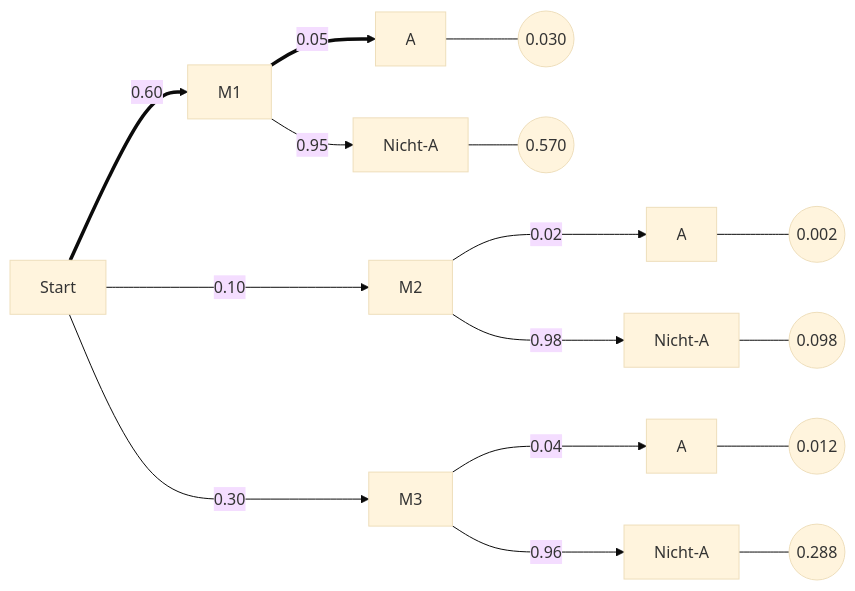
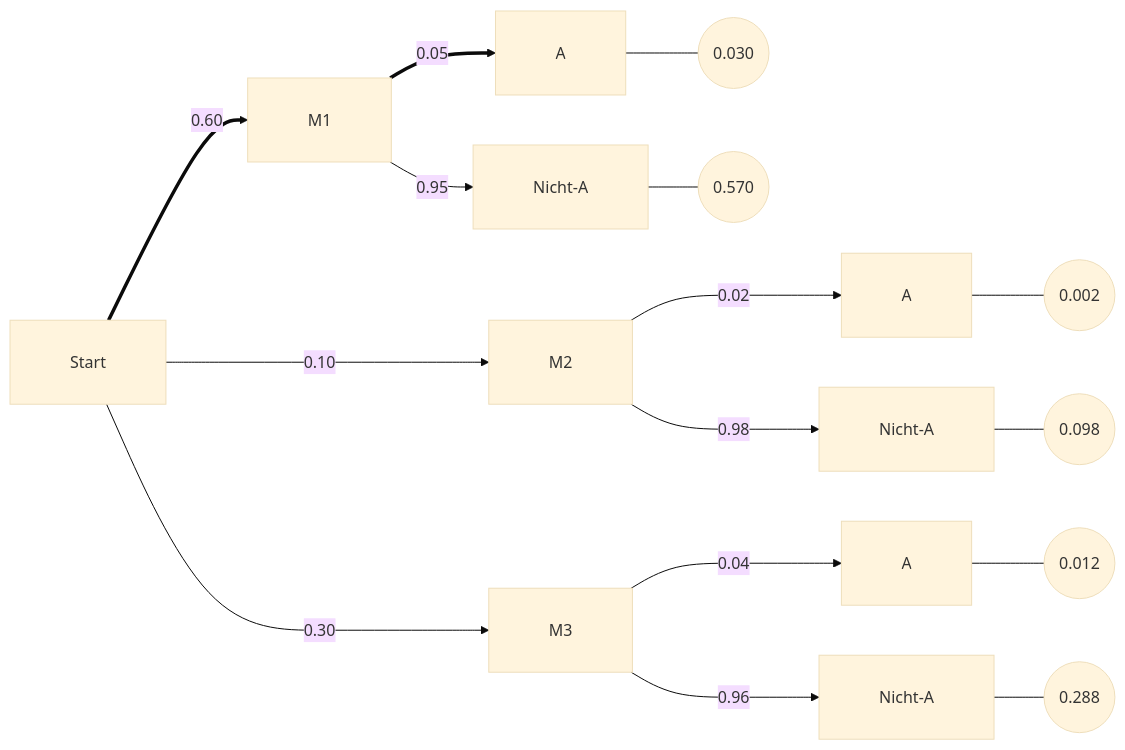
The second of 2 diagrams in 0500-Globusversuch.qmd (sebastiansauer/start-bayes), drawn with Mermaid (base theme) before and after one commit.

Commit message:
fix: Abb. 7.13 (fig-tot-wskt2) - rechte Kreis-Knoten im PDF abgeschnitten
Die fig-width-Reduktion allein hatte das eigentliche Problem nicht
behoben: Mermaids eigene PNG-Export-Boundingbox schnitt den Kreis-
Nodes ((...)) ganz rechts im Diagramm den Rand ab (native PNG-Content
reichte bis auf 1px an den Bildrand, unabhaengig von fig-width -
verifiziert mit fig-width sowohl auf 4.5in als auch 6in).

Fix: "%%{init: {'flowchart': {'diagramPadding': 30, 'padding': 30}}}%%"
vor der Diagrammdefinition ergaenzt, das mermaid.js anweist, mehr
Innenabstand um den gesamten Diagramminhalt zu lassen. Damit haben
auch die rechten Kreis-Knoten genug Platz innerhalb der PNG-Canvas.

Einziges Diagramm im Buch mit "((...))"-Kreis-Knoten am rechten Rand
(grep nach "((" ueber alle Kapitel) - kein anderes Diagramm betroffen.

````diff
--- a/0500-Globusversuch.qmd
+++ b/0500-Globusversuch.qmd
@@ -1131,21 +1131,22 @@
 ```{mermaid}
 %%| fig-cap: Günstige Pfade
 %%| label: fig-tot-wskt2
 %%| fig-width: 4.5
+%%{init: {'flowchart': {'diagramPadding': 30, 'padding': 30}}}%%
 flowchart LR
   A[Start] ==>|0.60|B[M1]
   A --->|0.10|C[M2]
   A --->|0.30|D[M3]
   B ==>|0.05|E[A]
   B -->|0.95|F[Nicht-A]
   C --->|0.02|G[A]
   C --->|0.98|H[Nicht-A]
   D --->|0.04|I[A]
   D --->|0.96|J[Nicht-A]
   E --- K((0.030))
   F --- L((0.570))
   G --- M((0.002))
   H --- N((0.098))
   I --- O((0.012))
   J --- P((0.288))
 ```
````
